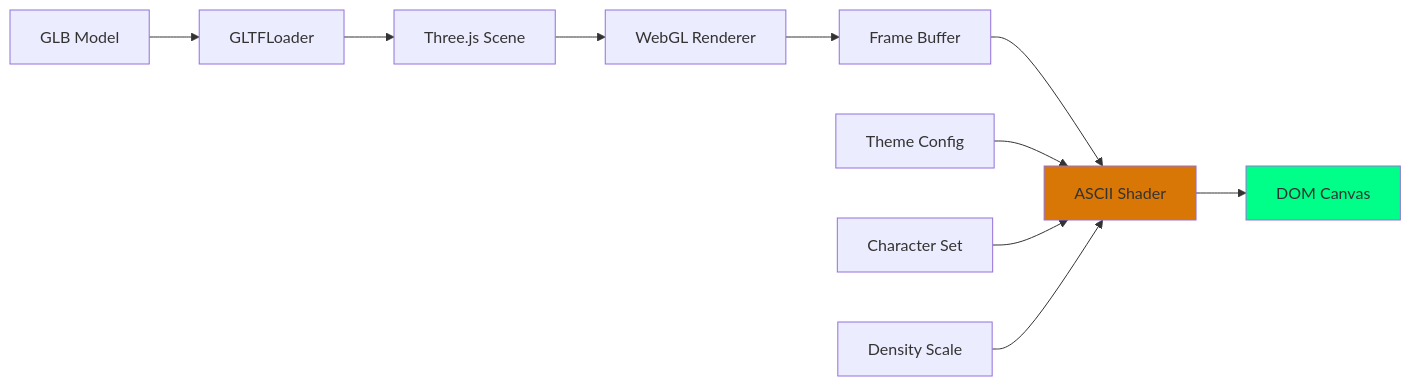
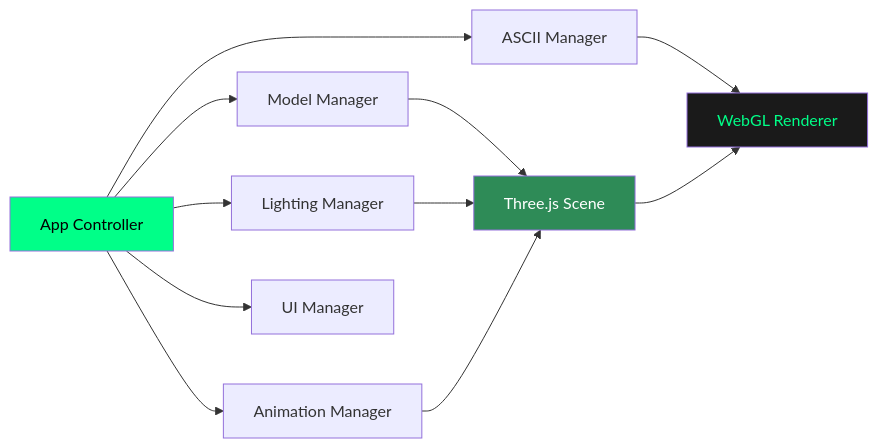
The second of 2 diagrams in README.md (Zacsluss/ascii_3d_animator), drawn with Mermaid before and after one commit. The commit also changed other lines of this file, not shown here.

````diff
--- a/README.md
+++ b/README.md
@@ -585,16 +276,18 @@
 ```mermaid
 graph LR
-    A[GLB Model] --> B[GLTFLoader]
-    B --> C[Three.js Scene]
-    C --> D[WebGL Renderer]
-    D --> E[Frame Buffer]
-    E --> F[ASCII Shader]
-    F --> G[DOM Canvas]
+    App[App Controller] --> Model[Model Manager]
+    App --> Light[Lighting Manager]
+    App --> Anim[Animation Manager]
+    App --> ASCII[ASCII Manager]
+    App --> UI[UI Manager]
 
-    H[Theme Config] --> F
-    I[Character Set] --> F
-    J[Density Scale] --> F
+    Model --> Scene[Three.js Scene]
+    Light --> Scene
+    Anim --> Scene
+    ASCII --> Render[WebGL Renderer]
+    Scene --> Render
 
-    style F fill:#d97706
-    style G fill:#00ff88
+    style App fill:#00ff88,color:#000
+    style Scene fill:#2e8b57,color:#fff
+    style Render fill:#1a1a1a,color:#00ff88
 ```
````
